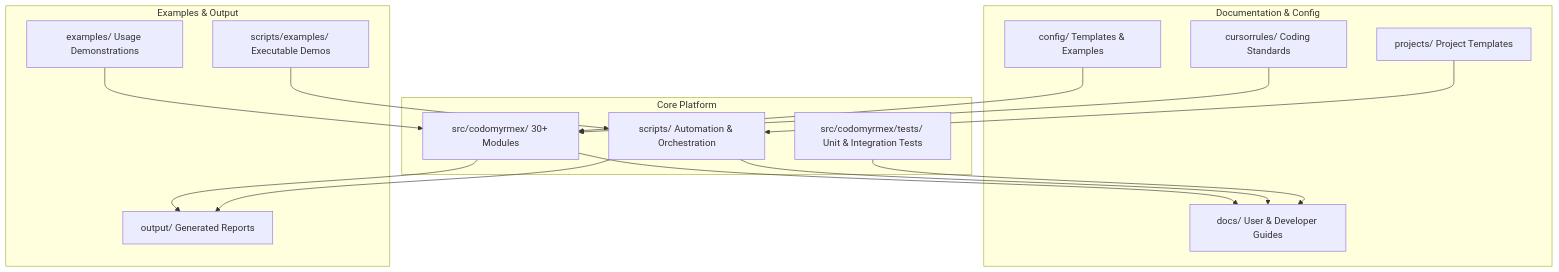
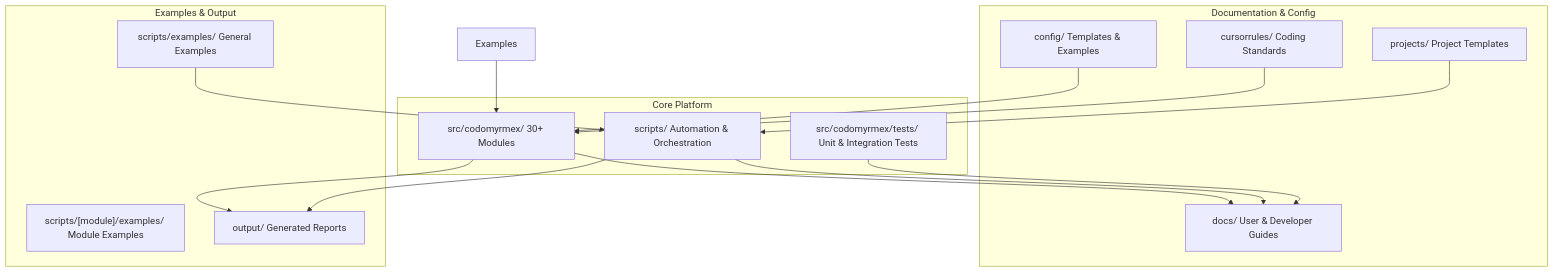
The seventh of 12 diagrams in README.md (docxology/codomyrmex), drawn with Mermaid before and after one commit. The commit also changed other lines of this file and 614 other files, not shown here.

````diff
--- a/README.md
+++ b/README.md
@@ -894,32 +894,32 @@
 ```mermaid
 graph TD
     subgraph corePlatform ["Core Platform"]
         CoreSrc["src/codomyrmex/ 30+ Modules"]
         CoreScripts["scripts/ Automation & Orchestration"]
         CoreTests["src/codomyrmex/tests/ Unit & Integration Tests"]
     end
 
     subgraph docsConfig ["Documentation & Config"]
         Docs["docs/ User & Developer Guides"]
         Config["config/ Templates & Examples"]
         Rules["cursorrules/ Coding Standards"]
         Projects["projects/ Project Templates"]
     end
 
     subgraph examplesOutput ["Examples & Output"]
-        Examples["examples/ Usage Demonstrations"]
+        ModuleExamples["scripts/[module]/examples/ Module Examples"]
         Output["output/ Generated Reports"]
-        ScriptsExamples["scripts/examples/ Executable Demos"]
+        ScriptsExamples["scripts/examples/ General Examples"]
     end
 
     CoreSrc --> Docs
     CoreScripts --> Docs
     CoreTests --> Docs
     Config --> CoreSrc
     Rules --> CoreSrc
     Projects --> CoreScripts
     Examples --> CoreSrc
     ScriptsExamples --> CoreScripts
     CoreSrc --> Output
     CoreScripts --> Output
 ```
````
